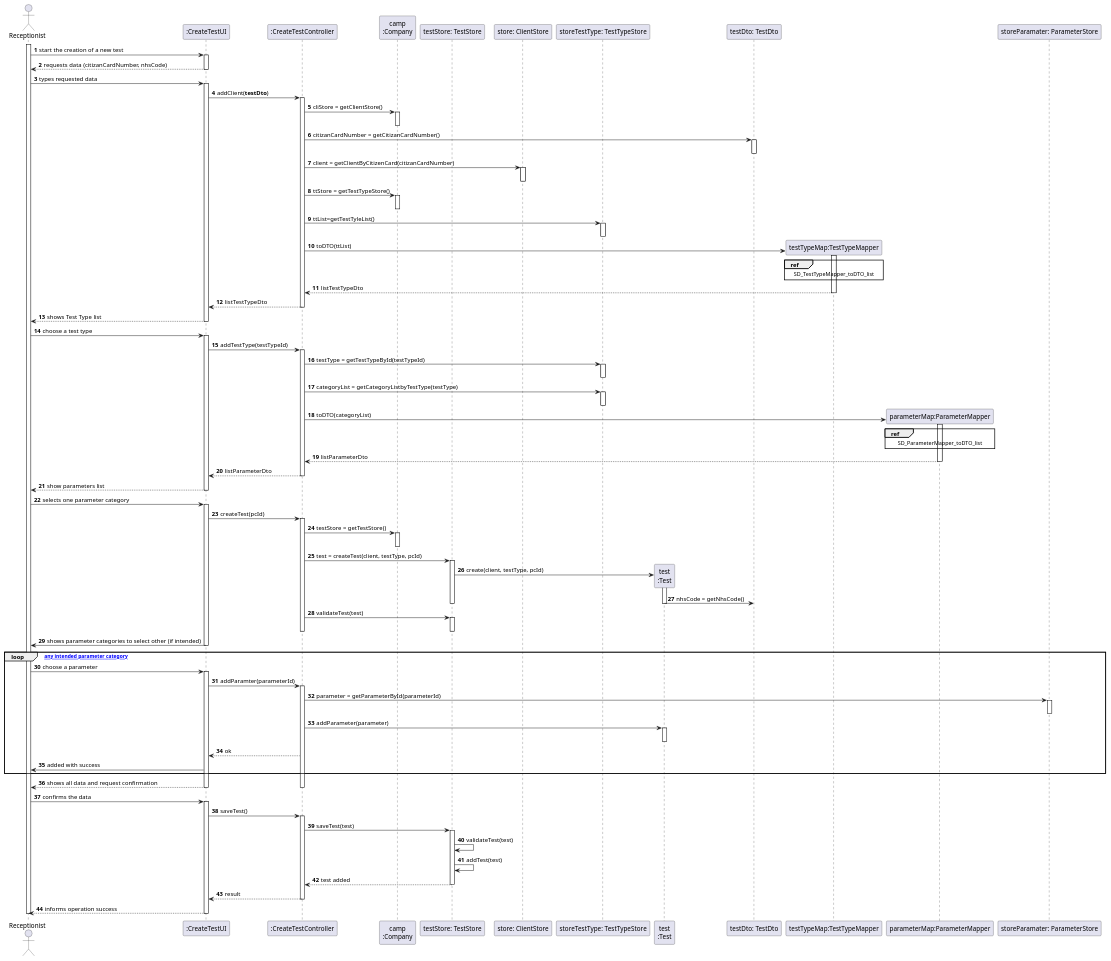
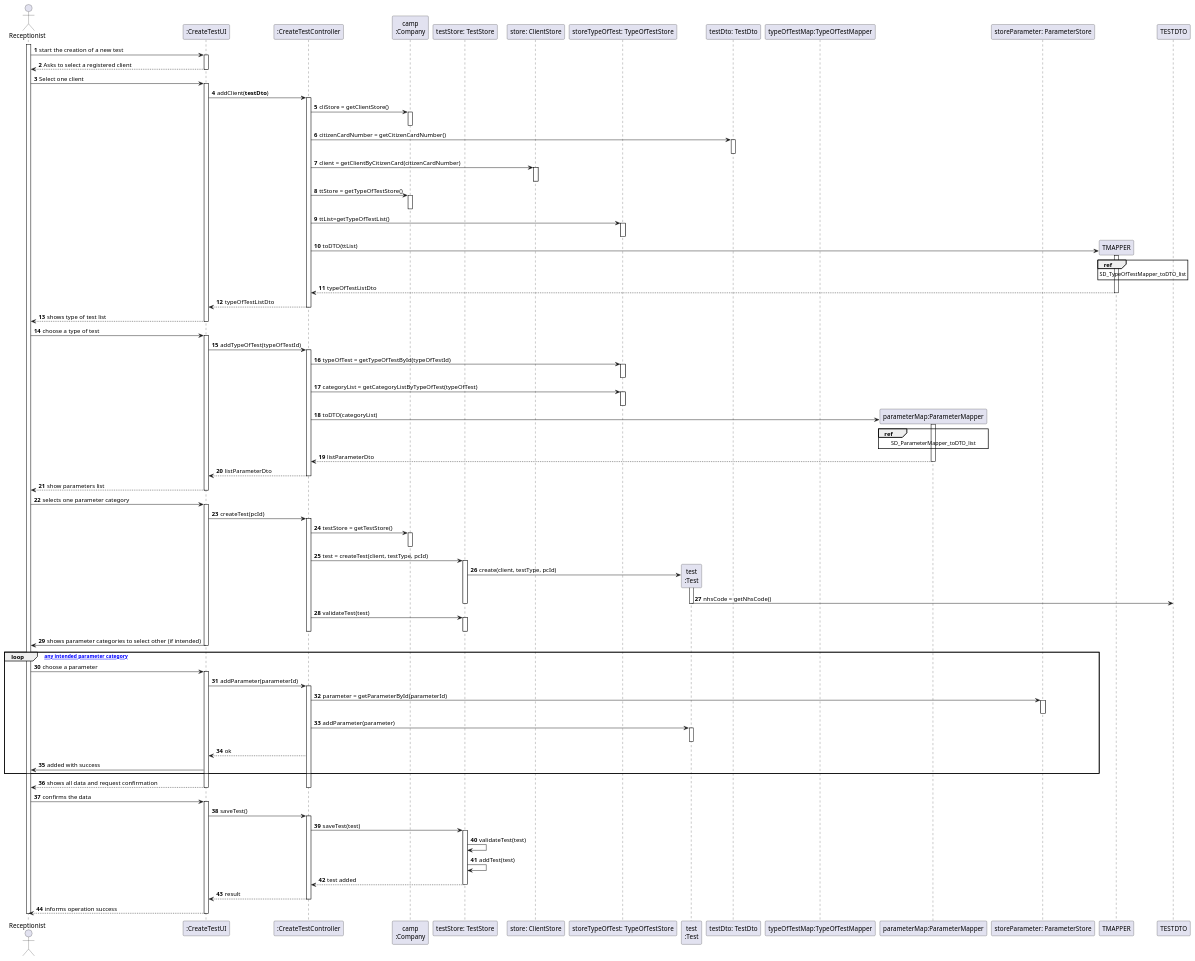
One commit to GuilhermeCunha79/lapr2 changed the diagram in docs/SprintC/US4/UC4_SD.puml. Above: the diagram before and after it, drawn with PlantUML. The commit also changed 6 other files, not shown here.

Commit message:
[US4]Update all Diagrams and .md

```diff
--- a/docs/SprintC/US4/UC4_SD.puml
+++ b/docs/SprintC/US4/UC4_SD.puml
@@ -1,171 +1,171 @@
 @startuml
 autonumber
 actor "Receptionist" as REC
 
 participant ":CreateTestUI" as UI
 participant ":CreateTestController" as CTRL
-participant "camp\n:Company" as CAMP
+participant "camp\n:Company" as COMP
 
 participant "testStore: TestStore" as TSTORE
 
-participant "store: ClientStore" as STORE
+participant "store: ClientStore" as CSTORE
 
-participant "storeTestType: TestTypeStore" as TTSTORE
+participant "storeTypeOfTest: TypeOfTestStore" as TTSTORE
 
 participant "test\n:Test" as TEST
-participant "testDto: TestDto" as TESTDTO
-participant "testTypeMap:TestTypeMapper" as TMAPPER
+participant "testDto: TestDto" as TDTO
+participant "typeOfTestMap:TypeOfTestMapper" as TTMAPPER
 
 participant "parameterMap:ParameterMapper" as PMAPPER
-participant "storeParamater: ParameterStore" as PSTORE
+participant "storeParameter: ParameterStore" as PSTORE
 
 
 activate REC
 REC -> UI : start the creation of a new test
 activate UI
-UI --> REC : requests data (citizanCardNumber, nhsCode)
+UI --> REC : Asks to select a registered client
 deactivate UI
-REC -> UI : types requested data
+REC -> UI : Select one client
 activate UI
 UI -> CTRL : addClient(**testDto**)
 activate CTRL
 
-CTRL -> CAMP : cliStore = getClientStore()
-activate CAMP
-deactivate CAMP
-CTRL -> TESTDTO : citizanCardNumber = getCitizanCardNumber()
-activate TESTDTO
-deactivate TESTDTO
-CTRL -> STORE : client = getClientByCitizenCard(citizanCardNumber)
-activate STORE
-deactivate STORE
+CTRL -> COMP : cliStore = getClientStore()
+activate COMP
+deactivate COMP
+CTRL -> TDTO : citizenCardNumber = getCitizenCardNumber()
+activate TDTO
+deactivate TDTO
+CTRL -> CSTORE : client = getClientByCitizenCard(citizenCardNumber)
+activate CSTORE
+deactivate CSTORE
 
 
-CTRL -> CAMP : ttStore = getTestTypeStore()
-activate CAMP
-deactivate CAMP
+CTRL -> COMP : ttStore = getTypeOfTestStore()
+activate COMP
+deactivate COMP
 
 deactivate TSTORE
 deactivate TEST
 
 
-CTRL -> TTSTORE : ttList=getTestTyleList()
+CTRL -> TTSTORE : ttList=getTypeOfTestList()
 activate TTSTORE
 deactivate TTSTORE
 CTRL -> TMAPPER** : toDTO(ttList)
 
 activate TMAPPER
 ref over TMAPPER
-  SD_TestTypeMapper_toDTO_list
+  SD_TypeOfTestMapper_toDTO_list
 end ref
 
 
-TMAPPER --> CTRL : listTestTypeDto
+TMAPPER --> CTRL : typeOfTestListDto
 deactivate TMAPPER
-CTRL --> UI : listTestTypeDto
+CTRL --> UI : typeOfTestListDto
 deactivate CTRL
-deactivate STORE
-UI --> REC: shows Test Type list
+deactivate CSTORE
+UI --> REC: shows type of test list
 deactivate CTRL
 deactivate UI
 
-REC -> UI : choose a test type
+REC -> UI : choose a type of test
 activate UI
 
-UI -> CTRL : addTestType(testTypeId)
+UI -> CTRL : addTypeOfTest(typeOfTestId)
 activate CTRL
-CTRL -> TTSTORE : testType = getTestTypeById(testTypeId)
+CTRL -> TTSTORE : typeOfTest = getTypeOfTestById(typeOfTestId)
 activate TTSTORE
 deactivate TTSTORE
 
 deactivate TSTORE
 deactivate TEST
 
-CTRL -> TTSTORE : categoryList = getCategoryListbyTestType(testType)
+CTRL -> TTSTORE : categoryList = getCategoryListByTypeOfTest(typeOfTest)
 
 activate TTSTORE
 deactivate TTSTORE
 
 CTRL -> PMAPPER** : toDTO(categoryList)
 activate PMAPPER
 
 ref over PMAPPER
   SD_ParameterMapper_toDTO_list
 end ref
 
 
 PMAPPER --> CTRL : listParameterDto
 deactivate PMAPPER
 CTRL --> UI : listParameterDto
 deactivate CTRL
 UI --> REC : show parameters list
 deactivate UI
 
 REC -> UI :  selects one parameter category
 activate UI
 UI -> CTRL : createTest(pcId)
 activate CTRL
-CTRL -> CAMP : testStore = getTestStore()
-activate CAMP
-deactivate CAMP
+CTRL -> COMP : testStore = getTestStore()
+activate COMP
+deactivate COMP
 
 CTRL -> TSTORE : test = createTest(client, testType, pcId)
 
 activate TSTORE
   TSTORE -> TEST** : create(client, testType, pcId)
   activate TEST
   TEST -> TESTDTO : nhsCode = getNhsCode()
 deactivate TEST
 
 deactivate TSTORE
   CTRL -> TSTORE : validateTest(test)
 activate TSTORE
 deactivate TSTORE
 deactivate CTRL
 UI -> REC : shows parameter categories to select other (if intended)
 deactivate UI
 
 loop [for any intended parameter category]
 
   REC -> UI : choose a parameter
   activate UI
-  UI -> CTRL : addParamter(parameterId)
+  UI -> CTRL : addParameter(parameterId)
   activate CTRL
   CTRL -> PSTORE : parameter = getParameterById(parameterId)
   activate PSTORE
   deactivate PSTORE
     CTRL -> TEST : addParameter(parameter)
     activate TEST
     deactivate TEST
 
   CTRL --> UI : ok
   UI -> REC : added with success
 
 end
 
 UI --> REC : shows all data and request confirmation
 deactivate UI
 deactivate CTRL
   REC -> UI : confirms the data
 activate UI
   UI -> CTRL : saveTest()
 activate CTRL
 
 
   CTRL -> TSTORE : saveTest(test)
   activate TSTORE
   TSTORE -> TSTORE : validateTest(test)
   TSTORE -> TSTORE : addTest(test)
 
   TSTORE --> CTRL : test added
 
 deactivate TSTORE
   CTRL --> UI: result
 deactivate CTRL
 
 UI --> REC : informs operation success
-deactivate CAMP
+deactivate COMP
 deactivate CTRL
 deactivate UI
 deactivate REC
 @enduml
```
